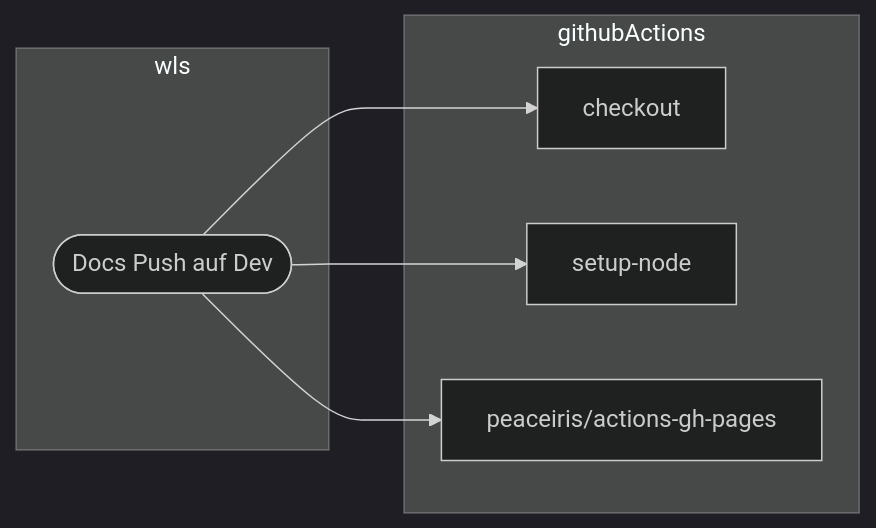
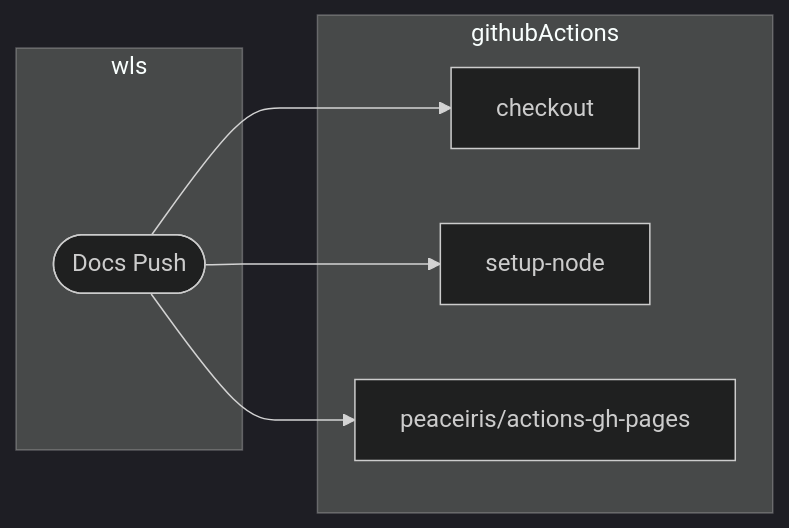
One commit to it-at-m/Wahllokalsystem changed the ninth of 13 diagrams in docs/src/technik/ecosystem/workflowsAndArtifacts/relations.md. Above: the diagram before and after it, drawn with Mermaid (dark theme). The commit also changed other lines of this file, not shown here.

````diff
--- a/docs/src/technik/ecosystem/workflowsAndArtifacts/relations.md
+++ b/docs/src/technik/ecosystem/workflowsAndArtifacts/relations.md
@@ -145,16 +145,16 @@
 ```mermaid
 flowchart LR
     subgraph wls
-        docsDevPush([Docs Push auf Dev])
+        docsDevPush([Docs Push])
     end
 
     subgraph githubActions
         checkout
         setup-node
         peaceiris/actions-gh-pages
     end
 
     docsDevPush --> checkout
     docsDevPush --> setup-node
     docsDevPush --> peaceiris/actions-gh-pages
 ```
````
